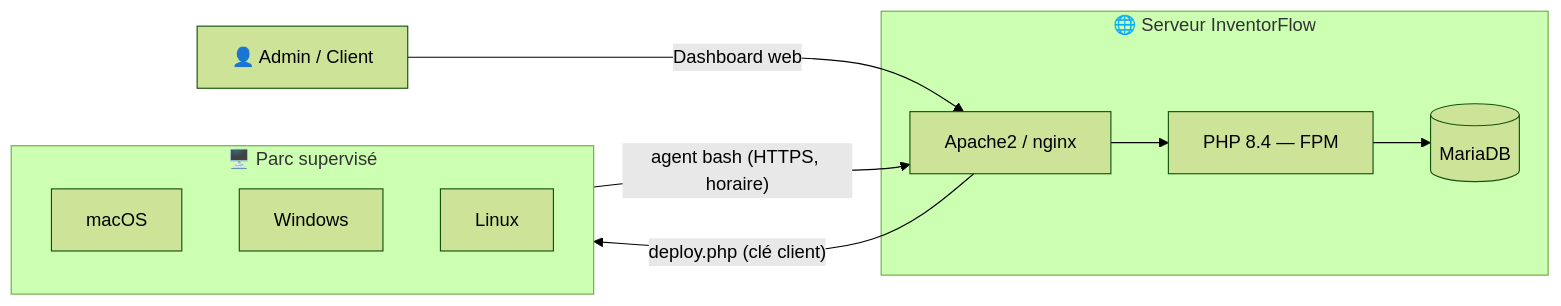
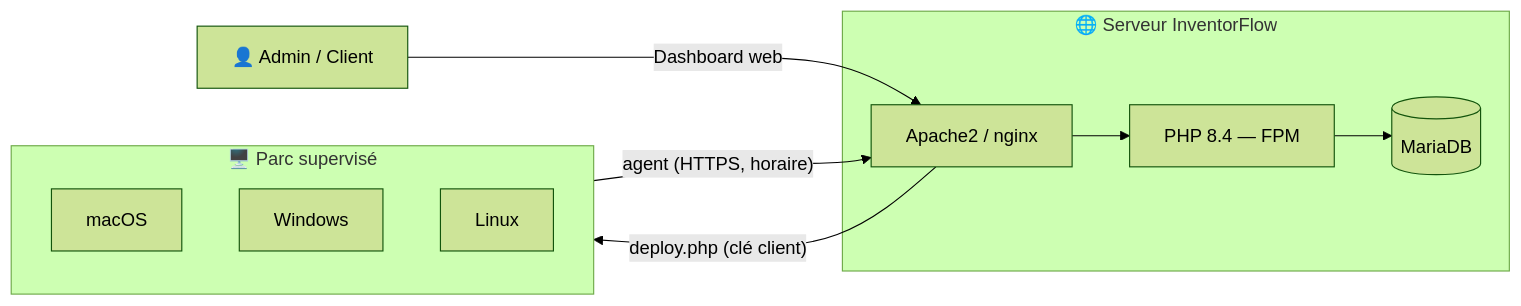
Before and after one commit to The-DCTX/Inventorflow: the diagram in README.md, drawn with Mermaid (forest theme). The commit also changed other lines of this file, not shown here.

Commit message:
README : ajout du déploiement agent Windows (PowerShell / service)

````diff
--- a/README.md
+++ b/README.md
@@ -107,19 +107,19 @@
 ```mermaid
 flowchart LR
     subgraph Postes["🖥️ Parc supervisé"]
         M["macOS"]
         W["Windows"]
         L["Linux"]
     end
 
     subgraph Serveur["🌐 Serveur InventorFlow"]
         A["Apache2 / nginx"]
         P["PHP 8.4 — FPM"]
         DB[("MariaDB")]
         A --> P --> DB
     end
 
-    Postes -- "agent bash (HTTPS, horaire)" --> A
+    Postes -- "agent (HTTPS, horaire)" --> A
     U["👤 Admin / Client"] -- "Dashboard web" --> A
     A -- "deploy.php (clé client)" --> Postes
 ```
````
